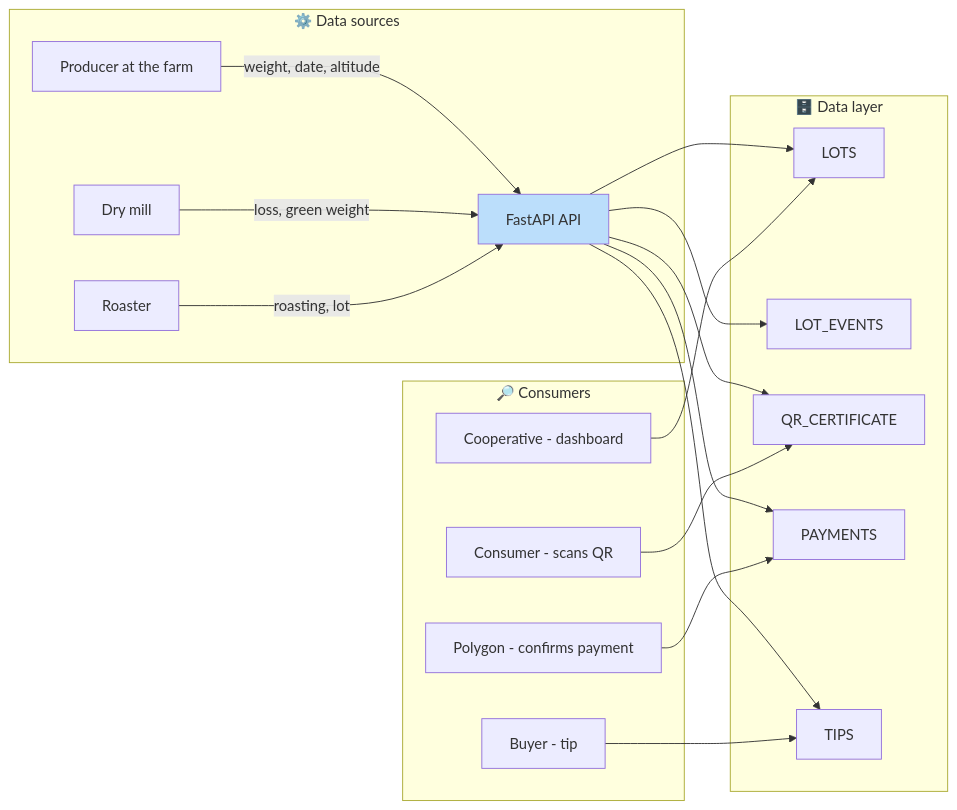
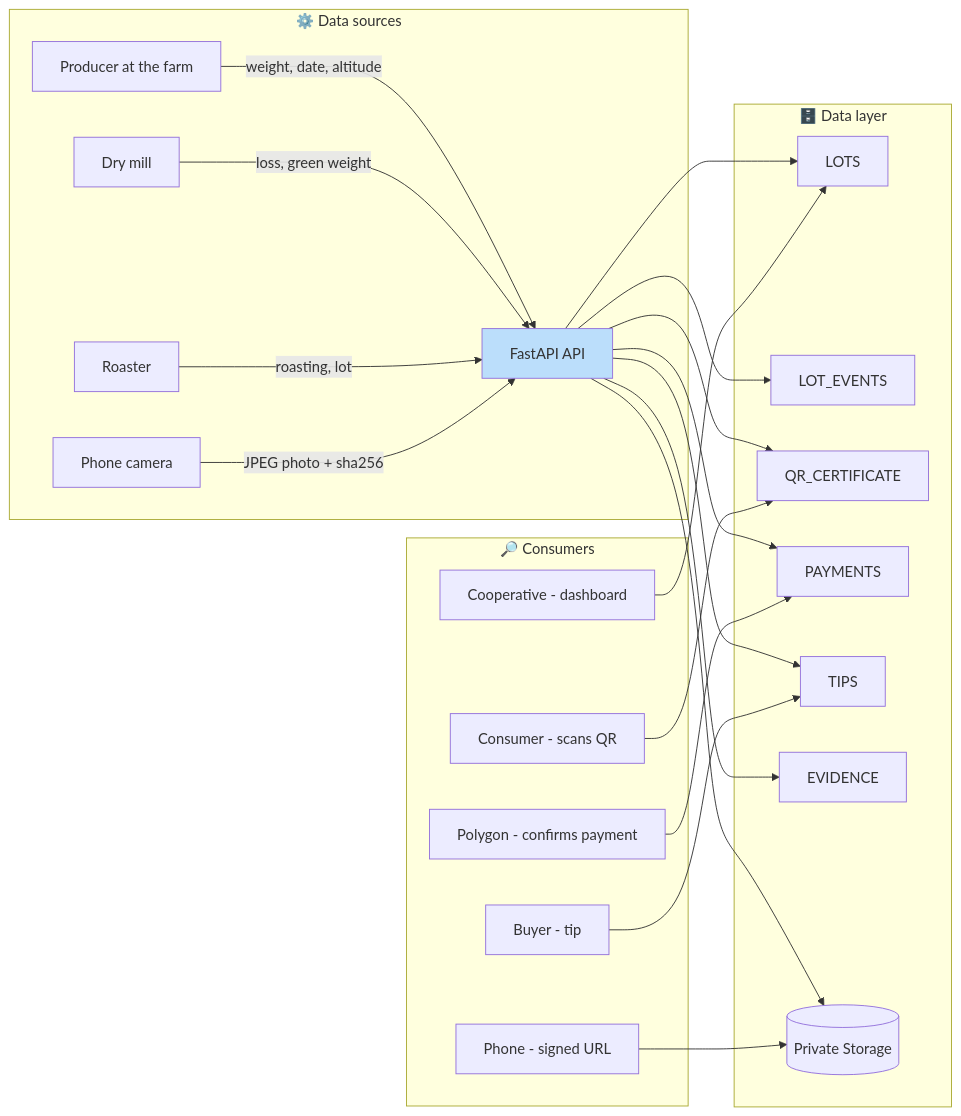
The fifth of 11 diagrams in docs/ARCHITECTURE.en.md (FerLpz55/BeanTrust), drawn with Mermaid before and after one commit. The commit also changed other lines of this file and 9 other files, not shown here.

````diff
--- a/docs/ARCHITECTURE.en.md
+++ b/docs/ARCHITECTURE.en.md
@@ -582,26 +601,30 @@
 ```mermaid
 flowchart LR
     subgraph Sources["⚙️ Data sources"]
         A1[Producer at the farm] -->|weight, date, altitude| A
         A2[Dry mill] -->|loss, green weight| A
         A3[Roaster] -->|roasting, lot| A
+        A4[Phone camera] -->|JPEG photo + sha256| A
     end
 
     subgraph Storage [🗄️ Data layer]
         A[FastAPI API]
         A --> LOT[LOTS]
         A --> EVEN[LOT_EVENTS]
         A --> QR[QR_CERTIFICATE]
         A --> PAY[PAYMENTS]
         A --> TIP[TIPS]
+        A --> EVID[EVIDENCE]
+        A --> STOR[(Private Storage)]
     end
 
     subgraph Consumers [🔎 Consumers]
         B1[Cooperative - dashboard] --> LOT
         B2[Consumer - scans QR] --> QR
         B3[Buyer - tip] --> TIP
         B4[Polygon - confirms payment] --> PAY
+        B5[Phone - signed URL] --> STOR
     end
 
     style A fill:#bbdefb
 ```
````
